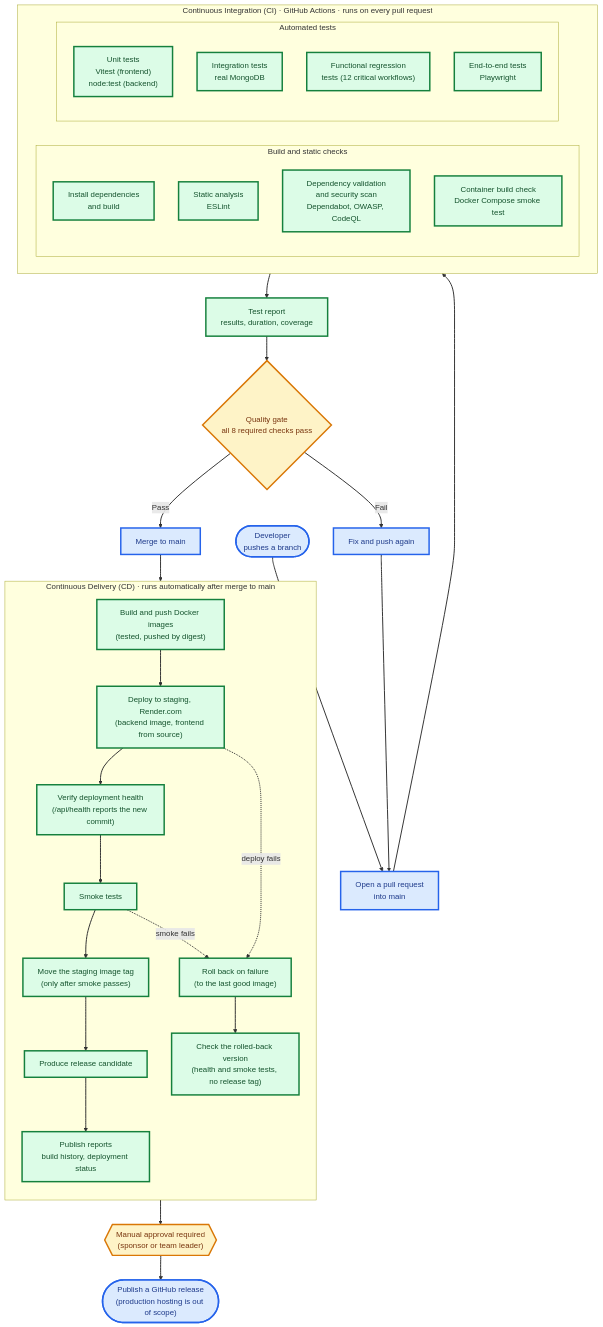
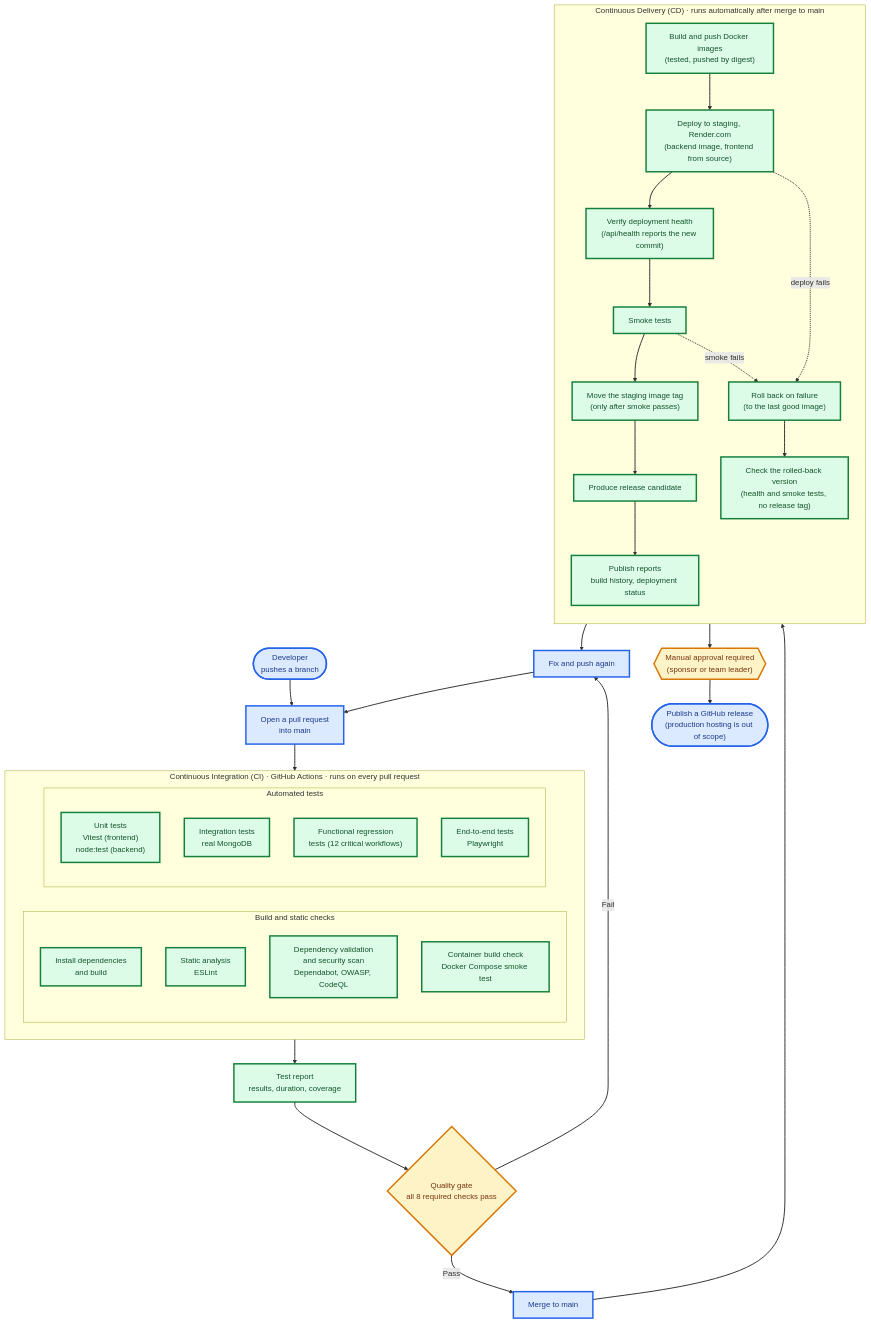
The first of 4 diagrams in README.md (IT7993-FALL-2026-PEERS/ProjectPeerEvaluation), drawn with Mermaid before and after one commit. The commit also changed other lines of this file, not shown here.

Commit message:
Send the rollback flow back to Fix and push again
After a rollback the next step is a fix and a new pull request, the same
path as a failed quality gate, not a retry of the deploy. Both README
pipeline diagrams now draw that arrow. Docs only.

````diff
--- a/README.md
+++ b/README.md
@@ -64,61 +64,63 @@
 ```mermaid
 flowchart TB
     DEV(["Developer<br/>pushes a branch"]) --> PR["Open a pull request<br/>into main"]
 
     subgraph CI["Continuous Integration (CI) · GitHub Actions · runs on every pull request"]
         direction LR
         subgraph STATIC["Build and static checks"]
             direction TB
             BUILD_APP["Install dependencies<br/>and build"]
             LINT["Static analysis<br/>ESLint"]
             SEC["Dependency validation<br/>and security scan<br/>Dependabot, OWASP, CodeQL"]
             DOCKER["Container build check<br/>Docker Compose smoke test"]
         end
         subgraph TESTS["Automated tests"]
             direction TB
             UNIT["Unit tests<br/>Vitest (frontend)<br/>node:test (backend)"]
             INTEG["Integration tests<br/>real MongoDB"]
             REG["Functional regression<br/>tests (12 critical workflows)"]
             E2E["End-to-end tests<br/>Playwright"]
         end
     end
 
     PR --> CI
     CI --> REPORT["Test report<br/>results, duration, coverage"]
     REPORT --> GATE{"Quality gate<br/>all 8 required checks pass"}
     GATE -- "Fail" --> FIX["Fix and push again"]
     FIX --> PR
     GATE -- "Pass" --> MERGE["Merge to main"]
 
     subgraph CD["Continuous Delivery (CD) · runs automatically after merge to main"]
         direction TB
         ARTIFACTS["Build and push Docker images<br/>(tested, pushed by digest)"]
         STG["Deploy to staging, Render.com<br/>(backend image, frontend from source)"]
         HEALTH["Verify deployment health<br/>(/api/health reports the new commit)"]
         SMOKE["Smoke tests"]
         TAG["Move the staging image tag<br/>(only after smoke passes)"]
         RC["Produce release candidate"]
         DREPORT["Publish reports<br/>build history, deployment status"]
         ROLLBACK["Roll back on failure<br/>(to the last good image)"]
         RBCHECK["Check the rolled-back version<br/>(health and smoke tests, no release tag)"]
         ARTIFACTS --> STG --> HEALTH --> SMOKE --> TAG --> RC --> DREPORT
         STG -. "deploy fails" .-> ROLLBACK
         SMOKE -. "smoke fails" .-> ROLLBACK
         ROLLBACK --> RBCHECK
     end
 
+    RBCHECK --> FIX
+
     MERGE --> ARTIFACTS
     DREPORT --> APPROVE{{"Manual approval required<br/>(sponsor or team leader)"}}
     APPROVE --> PROD(["Publish a GitHub release<br/>(production hosting is out of scope)"])
 
     classDef done fill:#dcfce7,stroke:#15803d,color:#14532d,stroke-width:3px
     classDef partial fill:#ecfccb,stroke:#4d7c0f,color:#365314,stroke-width:3px,stroke-dasharray: 9 6
     classDef planned fill:#f1f5f9,stroke:#475569,color:#334155,stroke-width:3px,stroke-dasharray: 9 6
     classDef gate fill:#fef3c7,stroke:#d97706,color:#78350f,stroke-width:3px
     classDef endpoint fill:#dbeafe,stroke:#2563eb,color:#1e3a8a,stroke-width:3px
     linkStyle default stroke-width:2px
 
     class BUILD_APP,LINT,SEC,DOCKER,UNIT,INTEG,REG,E2E,REPORT,ARTIFACTS,STG,SMOKE,HEALTH,TAG,RC,DREPORT,ROLLBACK,RBCHECK done
     class GATE,APPROVE gate
     class DEV,PROD,PR,MERGE,FIX endpoint
 ```
````
